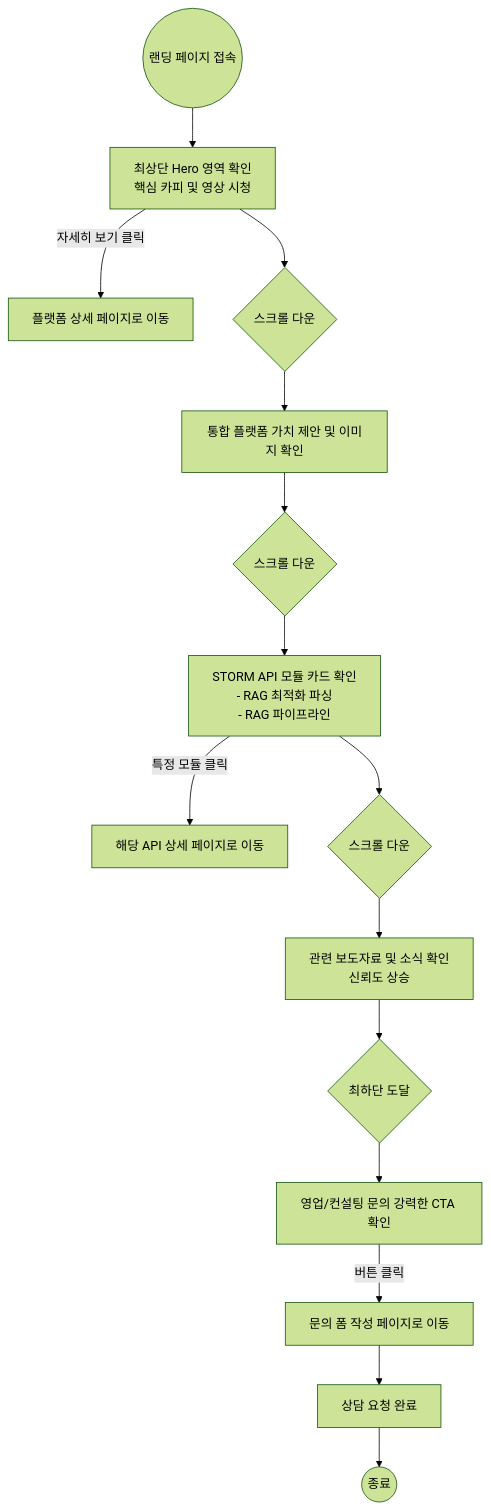
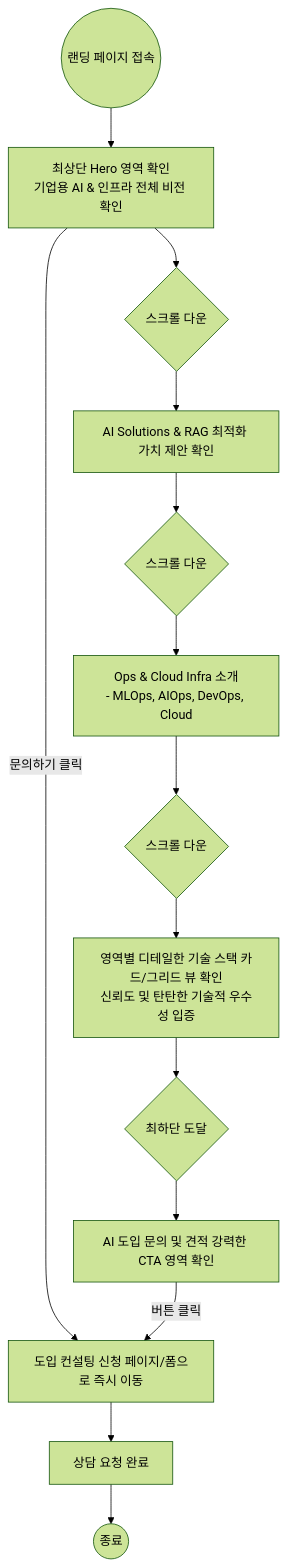
Before and after one commit to chjnett/rag_landing_new: the second of 2 diagrams in Sionic_Style_LandingPage_Plan.md, drawn with Mermaid (forest theme). The commit also changed other lines of this file, not shown here.

````diff
--- a/Sionic_Style_LandingPage_Plan.md
+++ b/Sionic_Style_LandingPage_Plan.md
@@ -50,22 +46,21 @@
 ```mermaid
 flowchart TD
-    Start((랜딩 페이지 접속)) --> ViewHero[최상단 Hero 영역 확인<br>핵심 카피 및 영상 시청]
+    Start((랜딩 페이지 접속)) --> ViewHero[최상단 Hero 영역 확인<br>기업용 AI & 인프라 전체 비전 확인]
     
-    ViewHero --> |자세히 보기 클릭| GoPlatform[플랫폼 상세 페이지로 이동]
+    ViewHero --> |문의하기 클릭| GoContact[도입 컨설팅 신청 페이지/폼으로 즉시 이동]
     ViewHero --> ScrollDown1{스크롤 다운}
     
-    ScrollDown1 --> ViewPlatform[통합 플랫폼 가치 제안 및 이미지 확인]
-    ViewPlatform --> ScrollDown2{스크롤 다운}
+    ScrollDown1 --> ViewSolutions[AI Solutions & RAG 최적화 가치 제안 확인]
+    ViewSolutions --> ScrollDown2{스크롤 다운}
     
-    ScrollDown2 --> ViewAPIs[STORM API 모듈 카드 확인<br>- RAG 최적화 파싱<br>- RAG 파이프라인]
-    ViewAPIs --> |특정 모듈 클릭| GoAPI[해당 API 상세 페이지로 이동]
-    ViewAPIs --> ScrollDown3{스크롤 다운}
+    ScrollDown2 --> ViewOps[Ops & Cloud Infra 소개<br>- MLOps, AIOps, DevOps, Cloud]
+    ViewOps --> ScrollDown3{스크롤 다운}
     
-    ScrollDown3 --> ViewNews[관련 보도자료 및 소식 확인<br>신뢰도 상승]
-    ViewNews --> ScrollDown4{최하단 도달}
+    ScrollDown3 --> ViewTech[영역별 디테일한 기술 스택 카드/그리드 뷰 확인<br>신뢰도 및 탄탄한 기술적 우수성 입증]
+    ViewTech --> ScrollDown4{최하단 도달}
     
-    ScrollDown4 --> ViewCTA[영업/컨설팅 문의 강력한 CTA 확인]
-    ViewCTA --> |버튼 클릭| GoContact[문의 폼 작성 페이지로 이동]
+    ScrollDown4 --> ViewCTA[AI 도입 문의 및 견적 강력한 CTA 영역 확인]
+    ViewCTA --> |버튼 클릭| GoContact
     GoContact --> SubmitContact[상담 요청 완료]
     SubmitContact --> End((종료))
 ```
````
